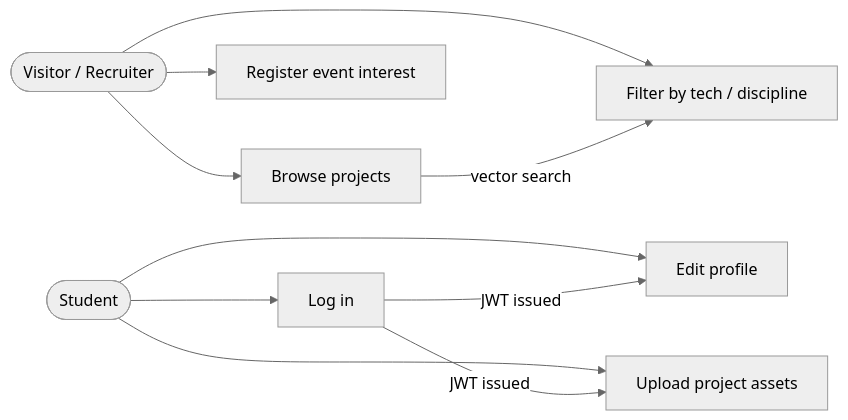
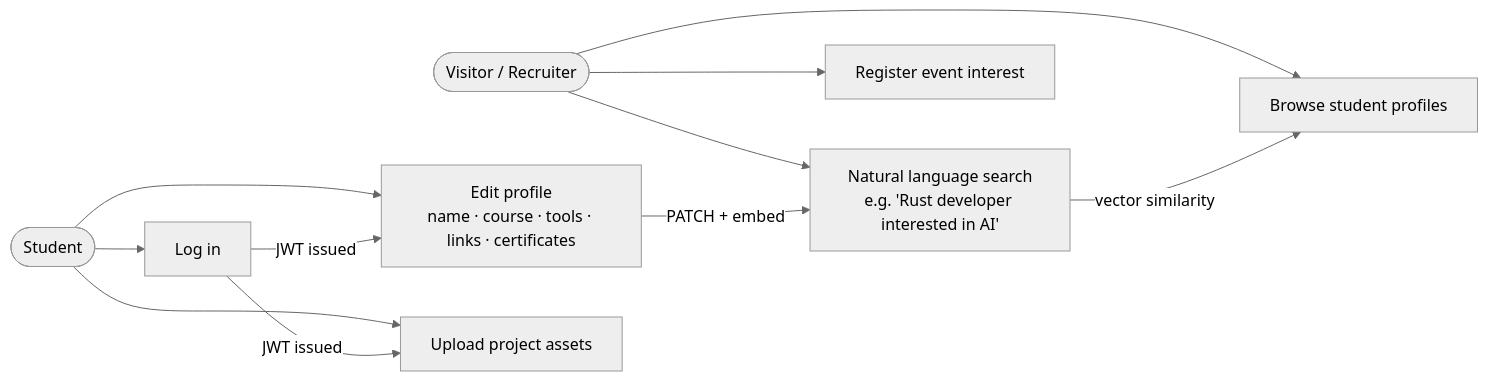
The sixth of 6 diagrams in README.md (Kroplewski-M/student_showcase), drawn with Mermaid (neutral theme) before and after one commit. The commit also changed other lines of this file, not shown here.

````diff
--- a/README.md
+++ b/README.md
@@ -181,17 +220,18 @@
 ```mermaid
 graph LR
     Visitor(["Visitor / Recruiter"])
     Student(["Student"])
 
-    Visitor --> Browse["Browse projects"]
-    Visitor --> FilterP["Filter by tech / discipline"]
+    Visitor --> Browse["Browse student profiles"]
+    Visitor --> Search["Natural language search\ne.g. 'Rust developer interested in AI'"]
     Visitor --> Register["Register event interest"]
 
     Student --> Login["Log in"]
-    Student --> Profile["Edit profile"]
+    Student --> EditProfile["Edit profile\nname · course · tools · links · certificates"]
     Student --> Upload["Upload project assets"]
 
-    Login -->|JWT issued| Profile
+    Login -->|JWT issued| EditProfile
     Login -->|JWT issued| Upload
-    Browse -->|vector search| FilterP
+    EditProfile -->|PATCH + embed| Search
+    Search -->|vector similarity| Browse
 ```
````
